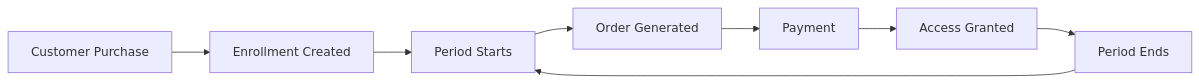
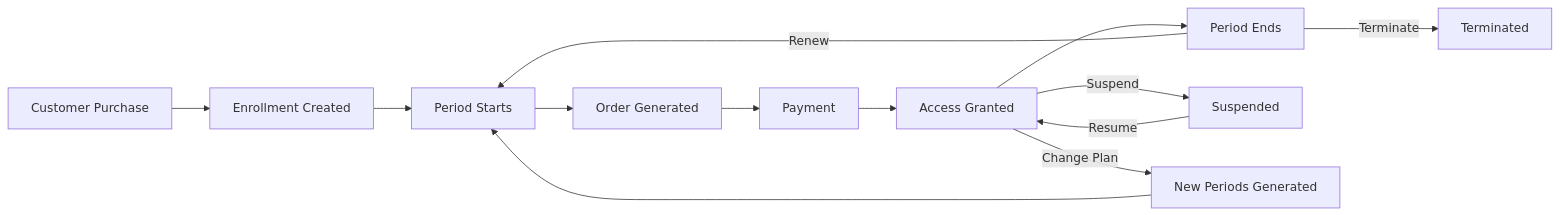
The first of 2 diagrams in docs/docs/plugins/enrollments/index.md (unchainedshop/unchained), drawn with Mermaid before and after one commit. The commit also changed other lines of this file and 5 other files, not shown here.

````diff
--- a/docs/docs/plugins/enrollments/index.md
+++ b/docs/docs/plugins/enrollments/index.md
@@ -30,10 +30,15 @@
 ```mermaid
 flowchart LR
     A[Customer Purchase] --> B[Enrollment Created]
     B --> C[Period Starts]
     C --> D[Order Generated]
     D --> E[Payment]
     E --> F[Access Granted]
     F --> G[Period Ends]
-    G --> C
+    G -->|Renew| C
+    G -->|Terminate| H[Terminated]
+    F -->|Suspend| I[Suspended]
+    I -->|Resume| F
+    F -->|Change Plan| J[New Periods Generated]
+    J --> C
 ```
````
